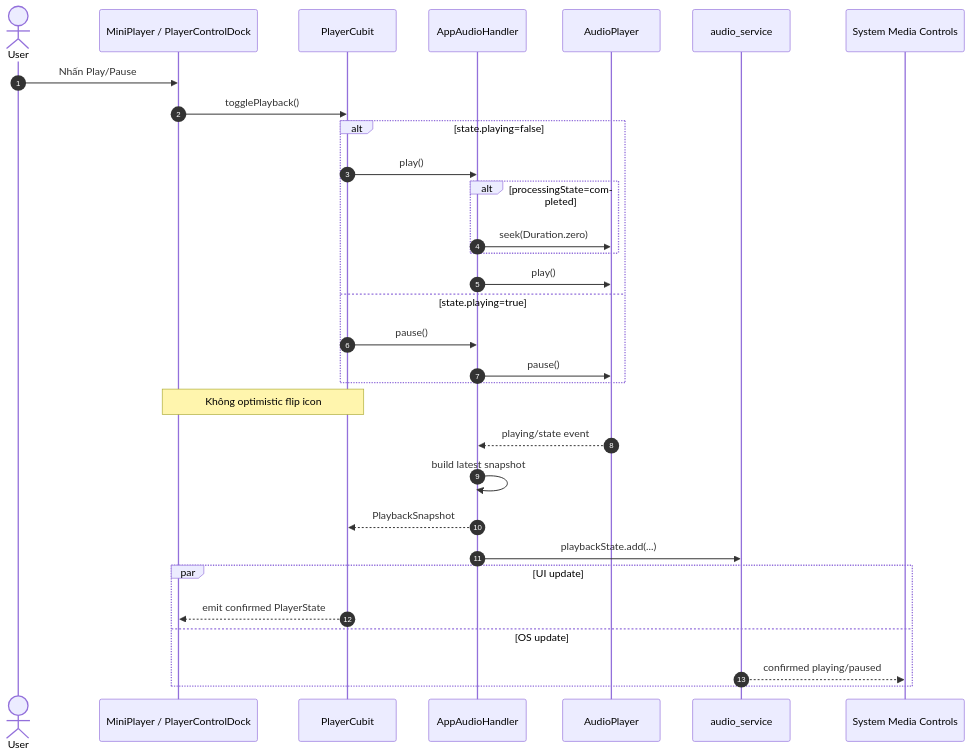
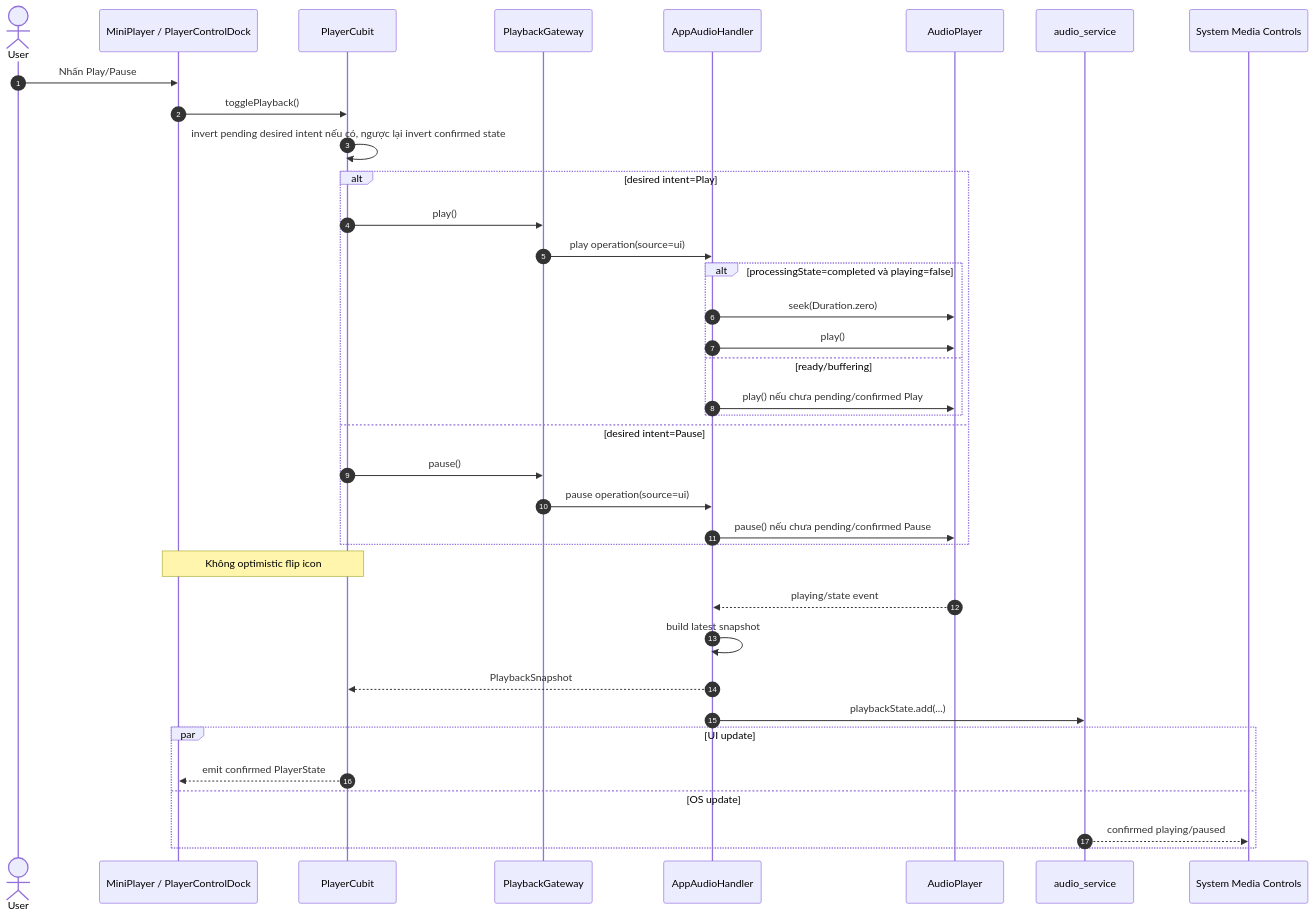
The third of 29 diagrams in docs/player-behavioral-diagrams.md (ViUniverse/ViListen), drawn with Mermaid before and after one commit. The commit also changed other lines of this file and 4 other files, not shown here.

````diff
--- a/docs/player-behavioral-diagrams.md
+++ b/docs/player-behavioral-diagrams.md
@@ -233,38 +257,44 @@
 ```mermaid
 sequenceDiagram
 autonumber
 actor User
 participant UI as MiniPlayer / PlayerControlDock
 participant Cubit as PlayerCubit
+participant Gateway as PlaybackGateway
 participant Handler as AppAudioHandler
 participant Engine as AudioPlayer
 participant AS as audio_service
 participant OS as System Media Controls
 
 User->>UI: Nhấn Play/Pause
 UI->>Cubit: togglePlayback()
+Cubit->>Cubit: invert pending desired intent nếu có, ngược lại invert confirmed state
 
-alt state.playing=false
-  Cubit->>Handler: play()
-  alt processingState=completed
+alt desired intent=Play
+  Cubit->>Gateway: play()
+  Gateway->>Handler: play operation(source=ui)
+  alt processingState=completed và playing=false
     Handler->>Engine: seek(Duration.zero)
+    Handler->>Engine: play()
+  else ready/buffering
+    Handler->>Engine: play() nếu chưa pending/confirmed Play
   end
-  Handler->>Engine: play()
-else state.playing=true
-  Cubit->>Handler: pause()
-  Handler->>Engine: pause()
+else desired intent=Pause
+  Cubit->>Gateway: pause()
+  Gateway->>Handler: pause operation(source=ui)
+  Handler->>Engine: pause() nếu chưa pending/confirmed Pause
 end
 
 Note over Cubit,UI: Không optimistic flip icon
 
 Engine-->>Handler: playing/state event
 Handler->>Handler: build latest snapshot
 Handler-->>Cubit: PlaybackSnapshot
 Handler->>AS: playbackState.add(...)
 
 par UI update
   Cubit-->>UI: emit confirmed PlayerState
 and OS update
   AS-->>OS: confirmed playing/paused
 end
 ```
````
